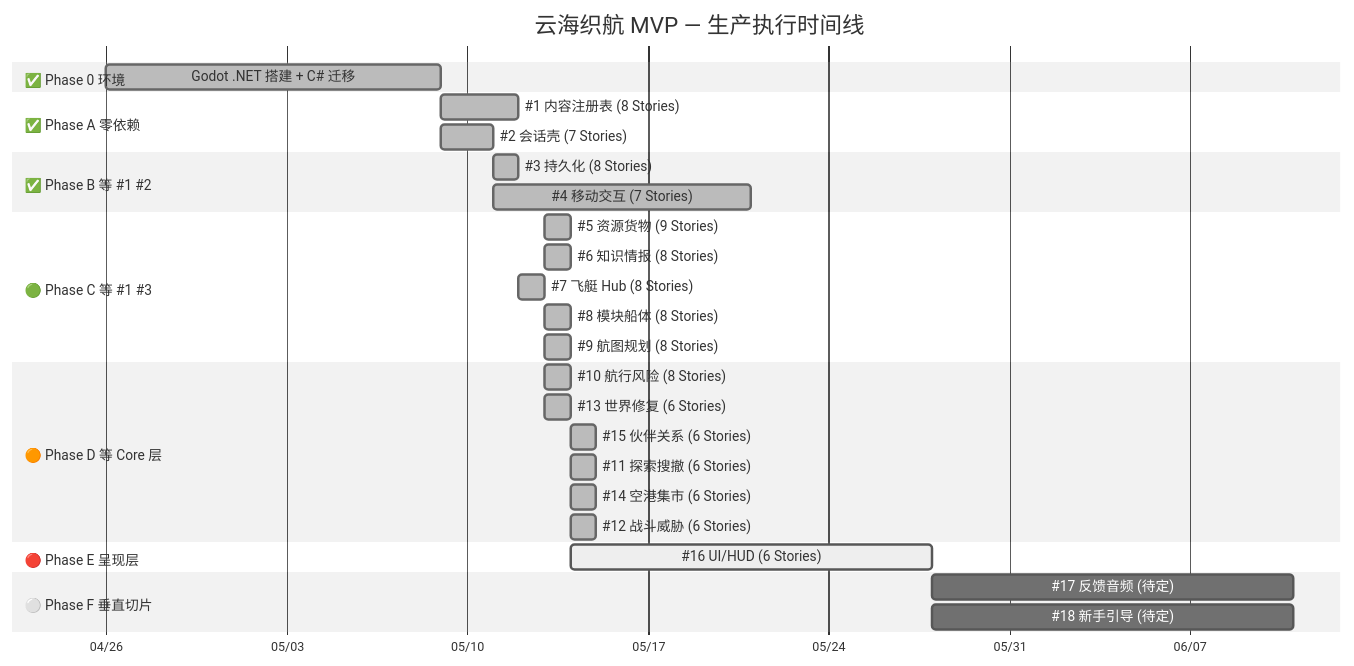
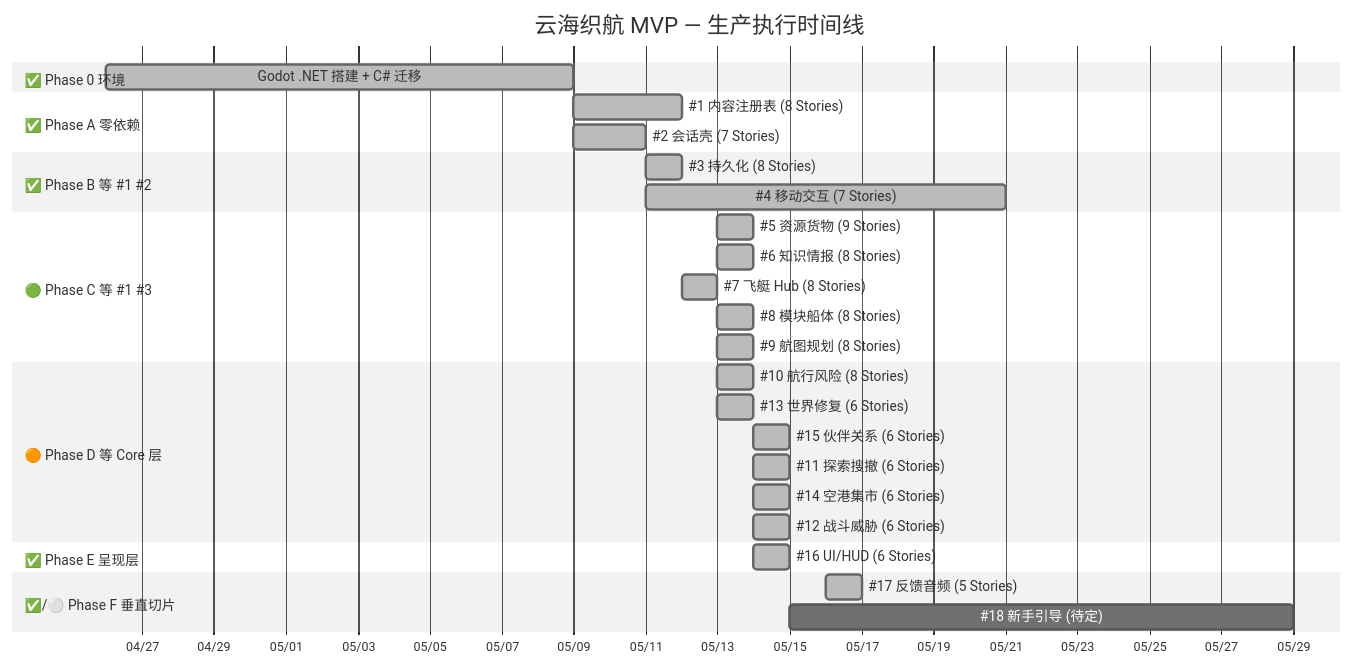
Before and after one commit to lieinsay/Claude-Code-Game-Studios: the first of 3 diagrams in docs/reference/production-flowchart.md, drawn with Mermaid (neutral theme). The commit also changed other lines of this file and 5 other files, not shown here.

````diff
--- a/docs/reference/production-flowchart.md
+++ b/docs/reference/production-flowchart.md
@@ -13,39 +13,39 @@
 ```mermaid
 gantt
     title 云海织航 MVP — 生产执行时间线
     dateFormat YYYY-MM-DD
     axisFormat %m/%d
 
     section ✅ Phase 0 环境
     Godot .NET 搭建 + C# 迁移   :done,    p0, 2026-04-26, 2026-05-09
 
     section ✅ Phase A 零依赖
     #1 内容注册表 (8 Stories)    :done,    p1a, 2026-05-09, 2026-05-12
     #2 会话壳     (7 Stories)    :done,    p1b, 2026-05-09, 2026-05-11
 
     section ✅ Phase B 等 #1 #2
     #3 持久化     (8 Stories)    :done,    p2a, 2026-05-11, 2026-05-12
     #4 移动交互   (7 Stories)    :done,    p2b, after p1b, 10d
 
     section 🟢 Phase C 等 #1 #3
     #5 资源货物   (9 Stories)    :done,    p3a, 2026-05-13, 1d
     #6 知识情报   (8 Stories)    :done,    p3b, 2026-05-13, 1d
     #7 飞艇 Hub   (8 Stories)    :done,    p3c, 2026-05-12, 1d
     #8 模块船体   (8 Stories)    :done,    p3d, 2026-05-13, 1d
     #9 航图规划   (8 Stories)    :done,    p3e, 2026-05-13, 1d
 
     section 🟠 Phase D 等 Core 层
     #10 航行风险  (8 Stories)    :done,    p4a, 2026-05-13, 1d
     #13 世界修复  (6 Stories)    :done,    p4b, 2026-05-13, 1d
     #15 伙伴关系  (6 Stories)    :done,    p4c, 2026-05-14, 1d
     #11 探索搜撤  (6 Stories)    :done,    p4d, 2026-05-14, 1d
     #14 空港集市  (6 Stories)    :done,    p4e, 2026-05-14, 1d
     #12 战斗威胁  (6 Stories)    :done,    p4f, 2026-05-14, 1d
 
-    section 🔴 Phase E 呈现层
-    #16 UI/HUD    (6 Stories)    :active,  p5a, 2026-05-14, 14d
+    section ✅ Phase E 呈现层
+    #16 UI/HUD    (6 Stories)    :done,    p5a, 2026-05-14, 2026-05-15
 
-    section ⚪ Phase F 垂直切片
-    #17 反馈音频  (待定)         :         p6a, after p5a, 14d
+    section ✅/⚪ Phase F 垂直切片
+    #17 反馈音频  (5 Stories)   :done,    p6a, 2026-05-16, 1d
     #18 新手引导  (待定)         :         p6b, after p5a, 14d
 ```
````
